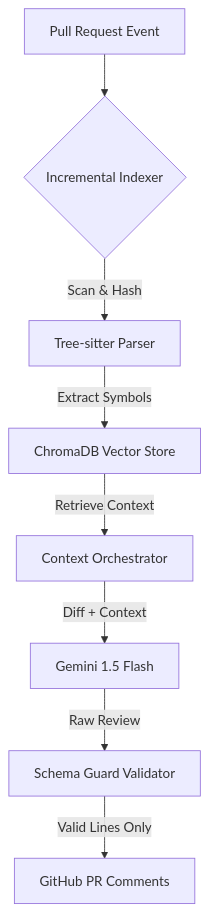
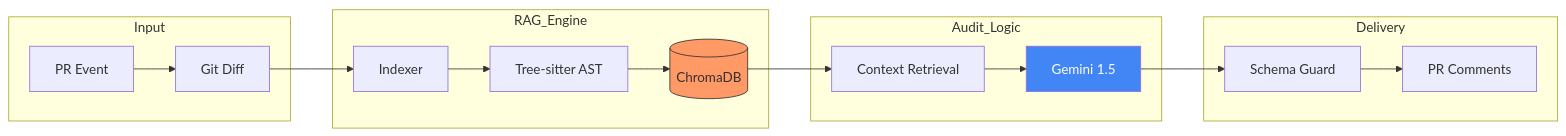
Before and after one commit to imrahnf/sentinelpr: the diagram in README.md, drawn with Mermaid.

Commit message:
(docs): changed mermaid for better readability

````diff
--- a/README.md
+++ b/README.md
@@ -28,10 +28,25 @@
 ```mermaid
-graph TD
-    A[Pull Request Event] --> B{Incremental Indexer}
-    B -->|Scan & Hash| C[Tree-sitter Parser]
-    C -->|Extract Symbols| D[ChromaDB Vector Store]
-    D -->|Retrieve Context| E[Context Orchestrator]
-    E -->|Diff + Context| F[Gemini 1.5 Flash]
-    F -->|Raw Review| G[Schema Guard Validator]
-    G -->|Valid Lines Only| H[GitHub PR Comments]
+graph LR
+    subgraph Input
+        A[PR Event] --> B[Git Diff]
+    end
+
+    subgraph RAG_Engine
+        B --> C[Indexer]
+        C --> D[Tree-sitter AST]
+        D --> E[(ChromaDB)]
+    end
+
+    subgraph Audit_Logic
+        E --> F[Context Retrieval]
+        F --> G[Gemini 1.5]
+    end
+
+    subgraph Delivery
+        G --> H[Schema Guard]
+        H --> I[PR Comments]
+    end
+
+    style E fill:#f96,stroke:#333
+    style G fill:#4285F4,color:#fff
 ```
````
